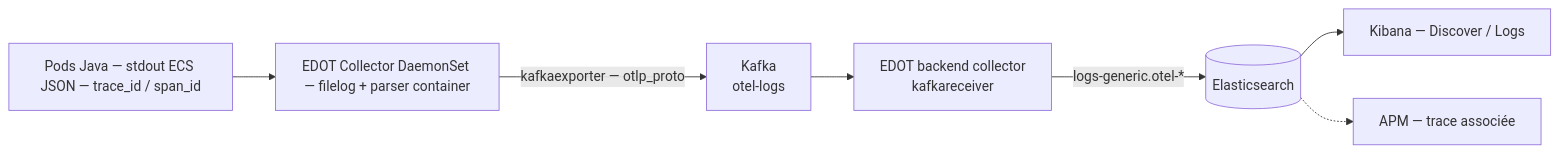
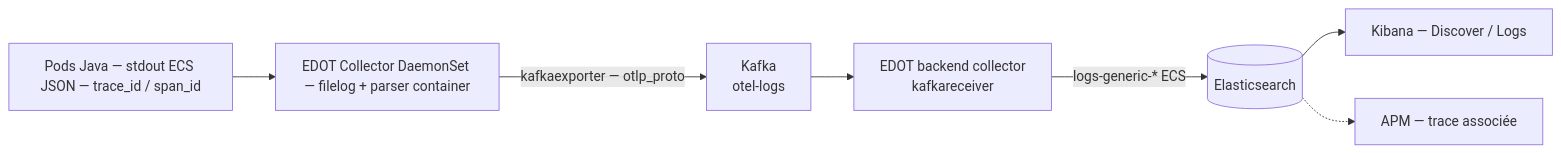
Before and after one commit to elkouhen/systemlens-observability-lab: the sixth of 6 diagrams in docs/observability-flows-v1-v2.md, drawn with Mermaid. The commit also changed other lines of this file and 7 other files, not shown here.

````diff
--- a/docs/observability-flows-v1-v2.md
+++ b/docs/observability-flows-v1-v2.md
@@ -92,9 +94,9 @@
 ```mermaid
 flowchart LR
     P["Pods Java — stdout ECS JSON — trace_id / span_id"] --> D["EDOT Collector DaemonSet — filelog + parser container"]
     D -->|"kafkaexporter — otlp_proto"| L[Kafka\notel-logs]
     L --> X[EDOT backend collector\nkafkareceiver]
-    X -->|logs-generic.otel-*| E[(Elasticsearch)]
+    X -->|logs-generic-* ECS| E[(Elasticsearch)]
     E --> K["Kibana — Discover / Logs"]
     E -.-> AP["APM — trace associée"]
 ```
````
